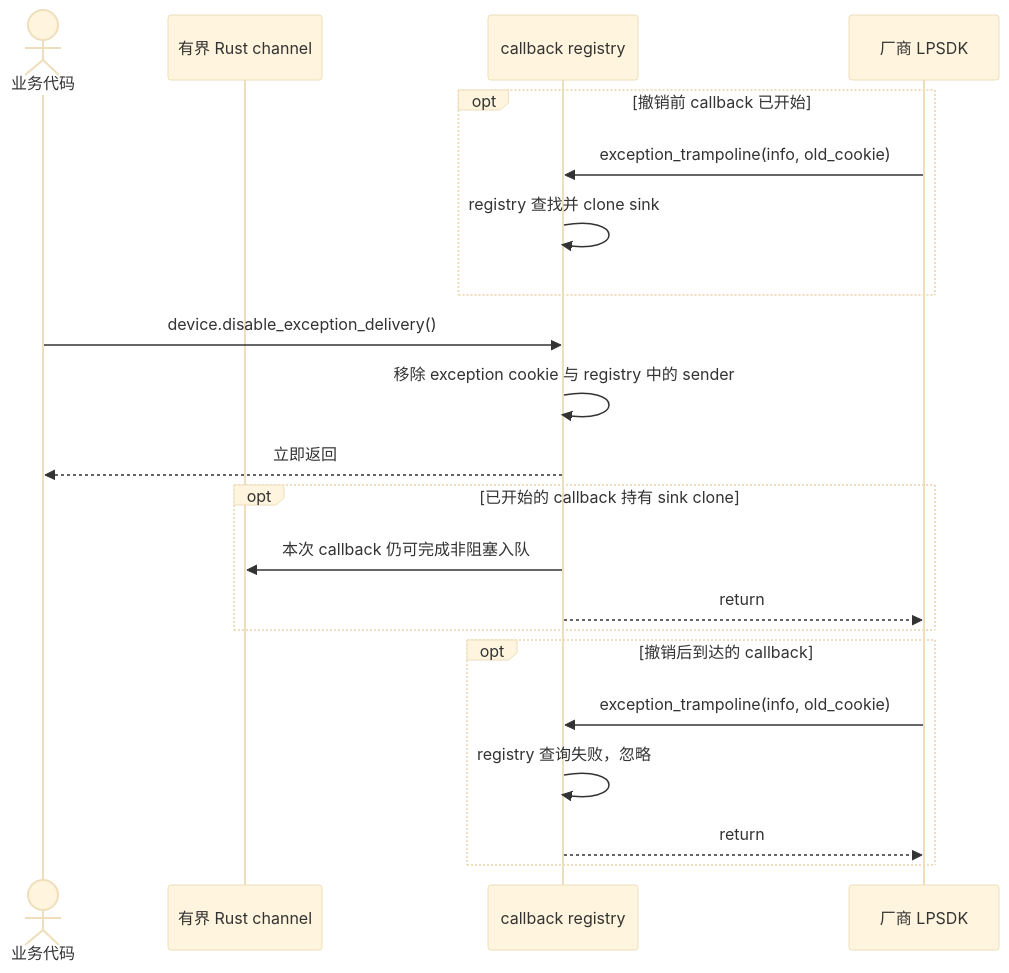
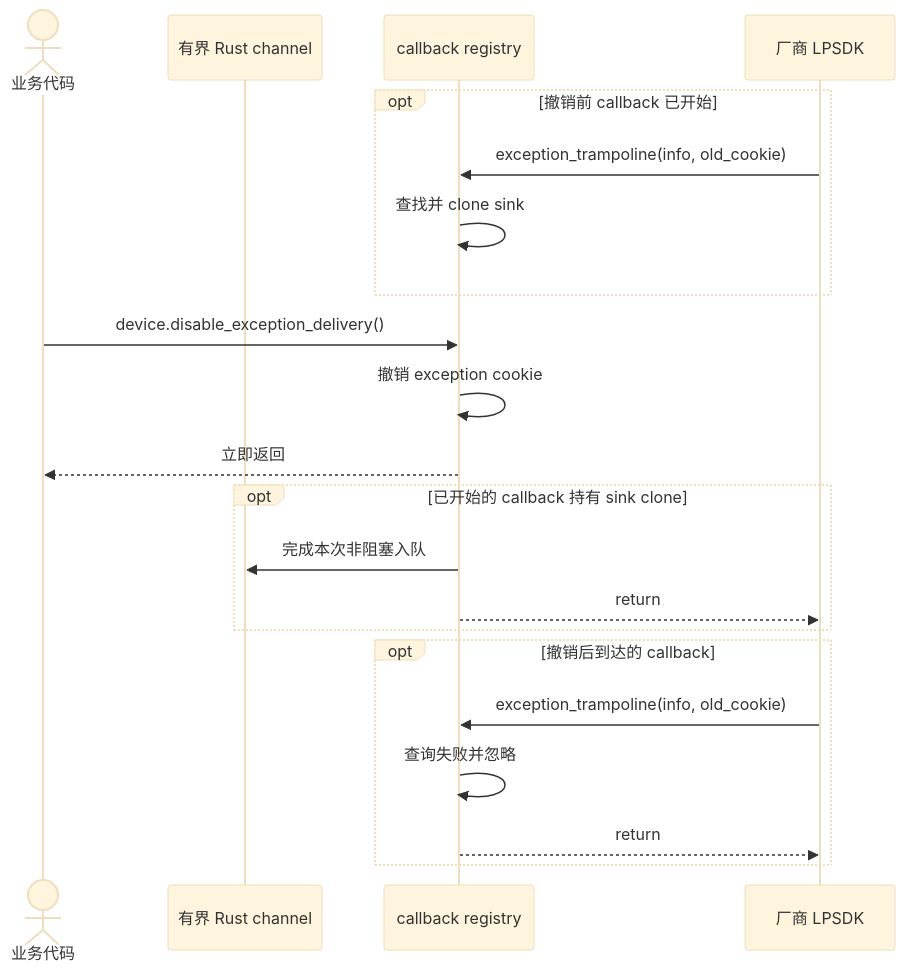
The second of 2 diagrams in 时序图/callback-采集与停止.md (JSB-Unscarred/3dmvs-sdk-rs), drawn with Mermaid (base theme) before and after one commit. The commit also changed other lines of this file and 10 other files, not shown here.

````diff
--- a/时序图/callback-采集与停止.md
+++ b/时序图/callback-采集与停止.md
@@ -112,24 +100,24 @@
 ```mermaid
 sequenceDiagram
     actor App as 业务代码
     participant Queue as 有界 Rust channel
     participant Core as callback registry
     participant Native as 厂商 LPSDK
 
     opt 撤销前 callback 已开始
         Native->>Core: exception_trampoline(info, old_cookie)
-        Core->>Core: registry 查找并 clone sink
+        Core->>Core: 查找并 clone sink
     end
     App->>Core: device.disable_exception_delivery()
-    Core->>Core: 移除 exception cookie 与 registry 中的 sender
+    Core->>Core: 撤销 exception cookie
     Core-->>App: 立即返回
     opt 已开始的 callback 持有 sink clone
-        Core->>Queue: 本次 callback 仍可完成非阻塞入队
+        Core->>Queue: 完成本次非阻塞入队
         Core-->>Native: return
     end
     opt 撤销后到达的 callback
         Native->>Core: exception_trampoline(info, old_cookie)
-        Core->>Core: registry 查询失败，忽略
+        Core->>Core: 查询失败并忽略
         Core-->>Native: return
     end
 ```
````
